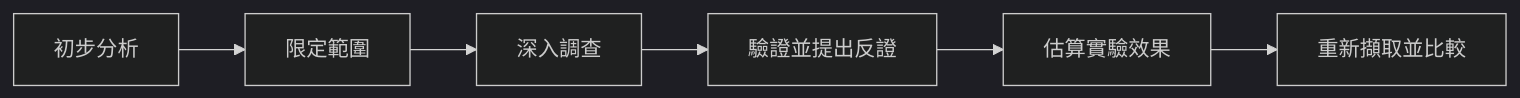
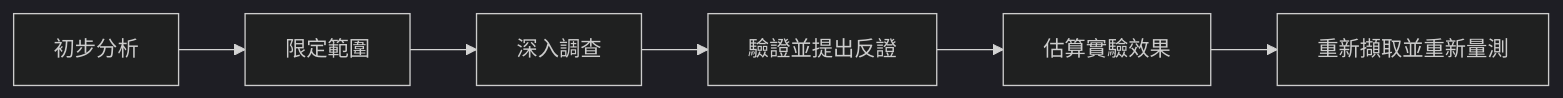
One commit to kuopinghsu/FreeRTOS-BTF-Trace changed the fourth of 4 diagrams in BTFViewer/WORKFLOWS_zh-TW.md. Above: the diagram before and after it, drawn with Mermaid (dark theme). The commit also changed other lines of this file and 8 other files, not shown here.

````diff
--- a/BTFViewer/WORKFLOWS_zh-TW.md
+++ b/BTFViewer/WORKFLOWS_zh-TW.md
@@ -251,8 +246,8 @@
 ```mermaid
 flowchart LR
   triage["初步分析"] --> scope["限定範圍"]
   scope --> investigate["深入調查"]
   investigate --> verify["驗證並提出反證"]
   verify --> experiment["估算實驗效果"]
-  experiment --> compare["重新擷取並比較"]
+  experiment --> remeasure["重新擷取並重新量測"]
 ```
````
